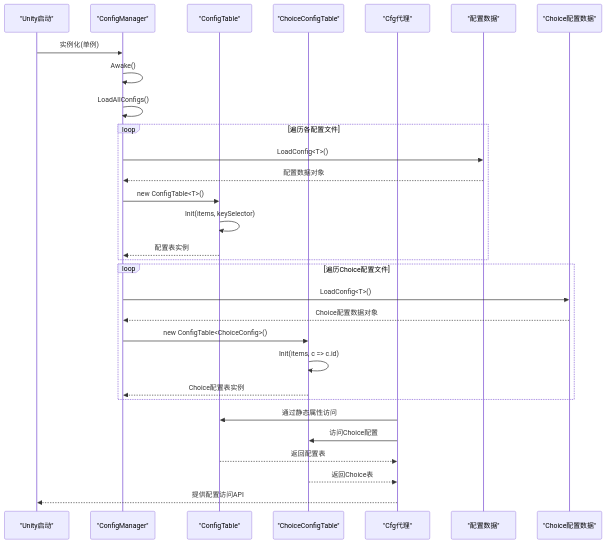
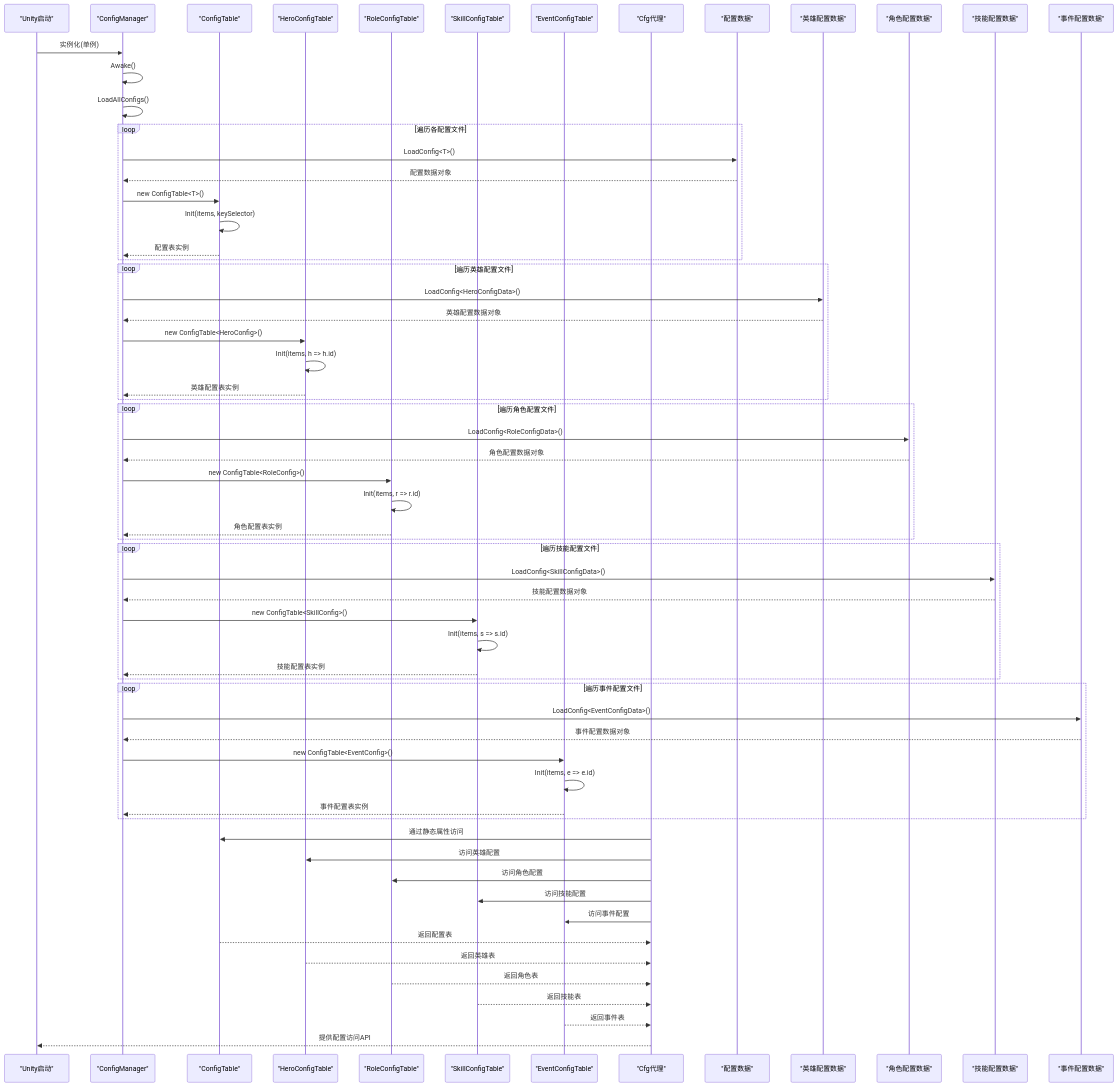
One commit to Tuusen/p1_client changed the second of 4 diagrams in .qoder/repowiki/zh/content/配置管理系统/配置管理系统.md. Above: the diagram before and after it, drawn with Mermaid. The commit also changed other lines of this file and 13 other files, not shown here.

````diff
--- a/.qoder/repowiki/zh/content/配置管理系统/配置管理系统.md
+++ b/.qoder/repowiki/zh/content/配置管理系统/配置管理系统.md
@@ -152,32 +228,65 @@
 ```mermaid
 sequenceDiagram
 participant Boot as "Unity启动"
 participant CM as "ConfigManager"
 participant CT as "ConfigTable"
-participant CC as "ChoiceConfigTable"
+participant HC as "HeroConfigTable"
+participant RC as "RoleConfigTable"
+participant SC as "SkillConfigTable"
+participant EC as "EventConfigTable"
 participant CFG as "Cfg代理"
 participant Data as "配置数据"
-participant ChoiceData as "Choice配置数据"
+participant HeroData as "英雄配置数据"
+participant RoleData as "角色配置数据"
+participant SkillData as "技能配置数据"
+participant EventData as "事件配置数据"
 Boot->>CM : 实例化(单例)
 CM->>CM : Awake()
 CM->>CM : LoadAllConfigs()
 loop 遍历各配置文件
 CM->>Data : LoadConfig<T>()
 Data-->>CM : 配置数据对象
 CM->>CT : new ConfigTable<T>()
 CT->>CT : Init(items, keySelector)
 CT-->>CM : 配置表实例
 end
-loop 遍历Choice配置文件
-CM->>ChoiceData : LoadConfig<T>()
-ChoiceData-->>CM : Choice配置数据对象
-CM->>CC : new ConfigTable<ChoiceConfig>()
-CC->>CC : Init(items, c => c.id)
-CC-->>CM : Choice配置表实例
+loop 遍历英雄配置文件
+CM->>HeroData : LoadConfig<HeroConfigData>()
+HeroData-->>CM : 英雄配置数据对象
+CM->>HC : new ConfigTable<HeroConfig>()
+HC->>HC : Init(items, h => h.id)
+HC-->>CM : 英雄配置表实例
+end
+loop 遍历角色配置文件
+CM->>RoleData : LoadConfig<RoleConfigData>()
+RoleData-->>CM : 角色配置数据对象
+CM->>RC : new ConfigTable<RoleConfig>()
+RC->>RC : Init(items, r => r.id)
+RC-->>CM : 角色配置表实例
+end
+loop 遍历技能配置文件
+CM->>SkillData : LoadConfig<SkillConfigData>()
+SkillData-->>CM : 技能配置数据对象
+CM->>SC : new ConfigTable<SkillConfig>()
+SC->>SC : Init(items, s => s.id)
+SC-->>CM : 技能配置表实例
+end
+loop 遍历事件配置文件
+CM->>EventData : LoadConfig<EventConfigData>()
+EventData-->>CM : 事件配置数据对象
+CM->>EC : new ConfigTable<EventConfig>()
+EC->>EC : Init(items, e => e.id)
+EC-->>CM : 事件配置表实例
 end
 CFG->>CT : 通过静态属性访问
-CFG->>CC : 访问Choice配置
+CFG->>HC : 访问英雄配置
+CFG->>RC : 访问角色配置
+CFG->>SC : 访问技能配置
+CFG->>EC : 访问事件配置
 CT-->>CFG : 返回配置表
-CC-->>CFG : 返回Choice表
+HC-->>CFG : 返回英雄表
+RC-->>CFG : 返回角色表
+SC-->>CFG : 返回技能表
+EC-->>CFG : 返回事件表
 CFG-->>Boot : 提供配置访问API
 ```
````
